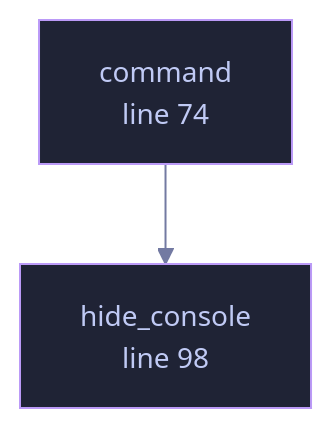
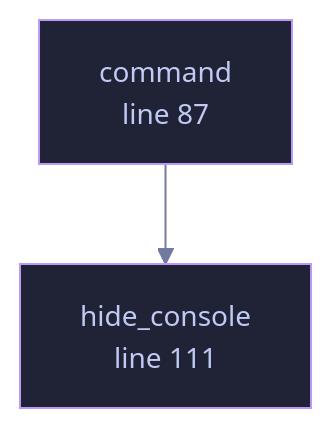
Before and after one commit to tilas01/veilvoice: the diagram in docs/files/veilvoice-setup/lib.md, drawn with Mermaid. The commit also changed other lines of this file and 182 other files, not shown here.

````diff
--- a/docs/files/veilvoice-setup/lib.md
+++ b/docs/files/veilvoice-setup/lib.md
@@ -95,13 +109,13 @@
 ```mermaid
 %%{init: {"theme":"base","themeVariables":{"background":"#1a1b26","primaryColor":"#1f2335","primaryTextColor":"#c0caf5","primaryBorderColor":"#7aa2f7","secondaryColor":"#16161e","tertiaryColor":"#16161e","lineColor":"#737aa2","textColor":"#c0caf5","mainBkg":"#1f2335","nodeBorder":"#7aa2f7","clusterBkg":"#16161e","clusterBorder":"#2f3549","fontFamily":"ui-monospace, SFMono-Regular, Consolas, monospace","fontSize":"14px"}}}%%
 flowchart TD
-    n_command["command<br/>line 74"]
-    n_hide_console["hide_console<br/>line 88"]
-    n_hide_console["hide_console<br/>line 98"]
+    n_command["command<br/>line 87"]
+    n_hide_console["hide_console<br/>line 101"]
+    n_hide_console["hide_console<br/>line 111"]
     n_command --> n_hide_console
-    click n_command href "https://github.com/tilas01/veilvoice/blob/main/crates/veilvoice-setup/src/lib.rs#L74" "open the source"
-    click n_hide_console href "https://github.com/tilas01/veilvoice/blob/main/crates/veilvoice-setup/src/lib.rs#L88" "open the source"
-    click n_hide_console href "https://github.com/tilas01/veilvoice/blob/main/crates/veilvoice-setup/src/lib.rs#L98" "open the source"
+    click n_command href "https://github.com/tilas01/veilvoice/blob/main/crates/veilvoice-setup/src/lib.rs#L87" "open the source"
+    click n_hide_console href "https://github.com/tilas01/veilvoice/blob/main/crates/veilvoice-setup/src/lib.rs#L101" "open the source"
+    click n_hide_console href "https://github.com/tilas01/veilvoice/blob/main/crates/veilvoice-setup/src/lib.rs#L111" "open the source"
     classDef helper fill:#1f2335,stroke:#bb9af7,color:#c0caf5
     class n_command,n_hide_console,n_hide_console helper
 ```
````
